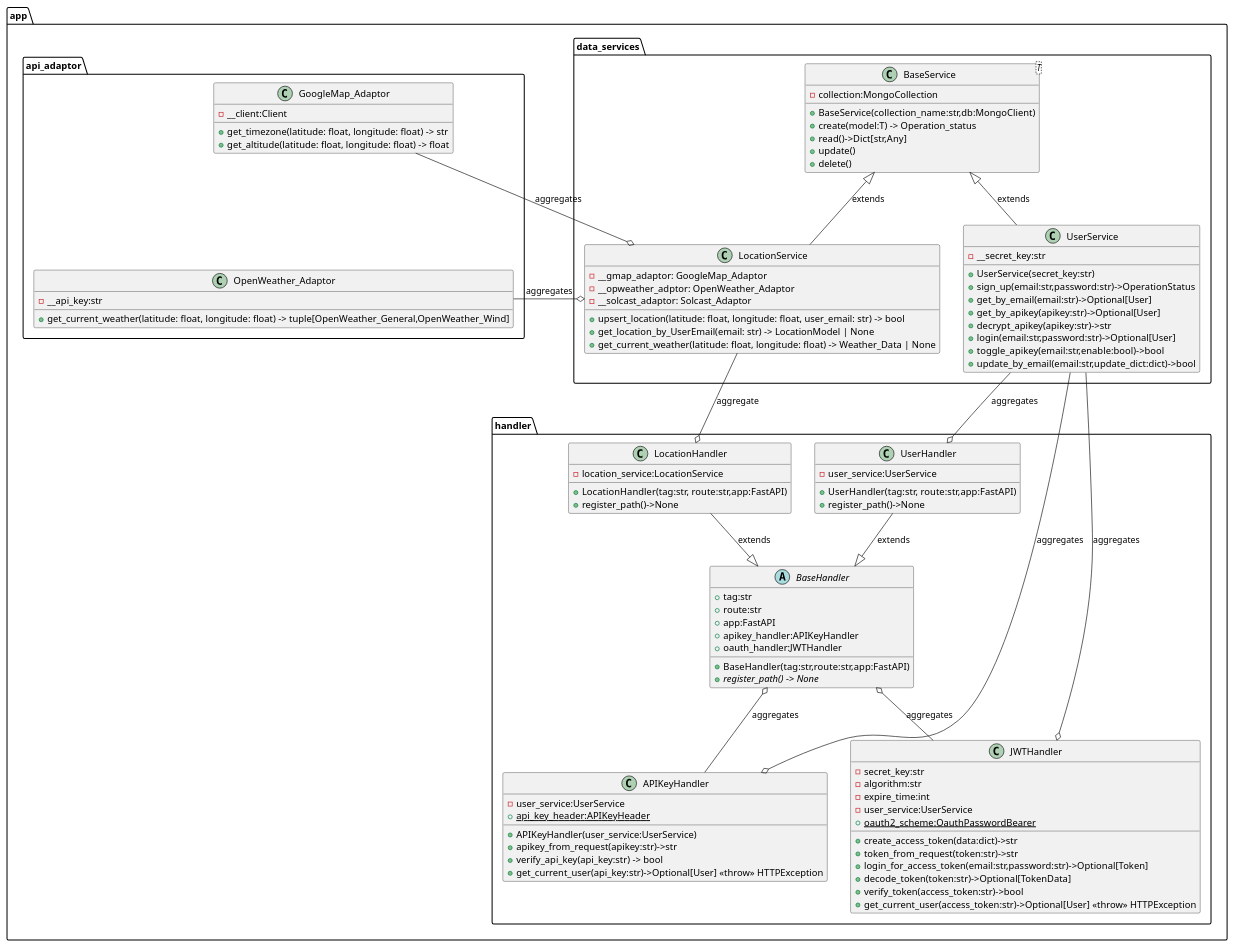
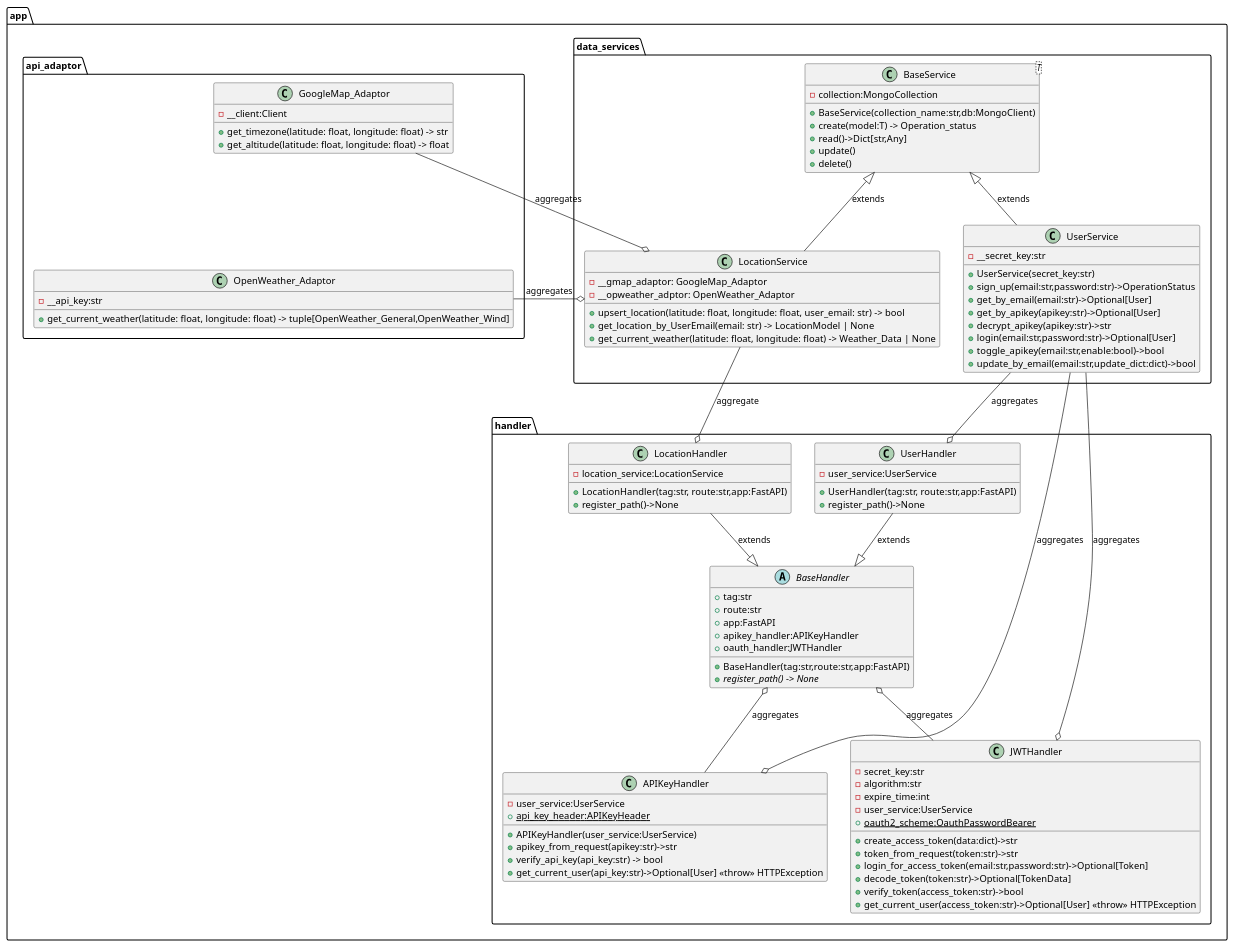
Before and after one commit to fbcharles747/Capstone_PV_API: the diagram in design.puml, drawn with PlantUML. The commit also changed 7 other files, not shown here.

```diff
--- a/design.puml
+++ b/design.puml
@@ -1,134 +1,133 @@
 @startuml "BaseService diagram"
 
 package app.data_services{
     class BaseService <T> {
         - collection:MongoCollection
         + BaseService(collection_name:str,db:MongoClient)
         + create(model:T) -> Operation_status
         + read()->Dict[str,Any]
         + update()
         + delete()
     }
 
     class UserService{
         - __secret_key:str
         + UserService(secret_key:str)
         + sign_up(email:str,password:str)->OperationStatus
         + get_by_email(email:str)->Optional[User]
         + get_by_apikey(apikey:str)->Optional[User]
         + decrypt_apikey(apikey:str)->str
         + login(email:str,password:str)->Optional[User]
         + toggle_apikey(email:str,enable:bool)->bool
         + update_by_email(email:str,update_dict:dict)->bool
     }
 
     class LocationService {
         - __gmap_adaptor: GoogleMap_Adaptor
         - __opweather_adptor: OpenWeather_Adaptor
-        - __solcast_adaptor: Solcast_Adaptor
         
         + upsert_location(latitude: float, longitude: float, user_email: str) -> bool
         + get_location_by_UserEmail(email: str) -> LocationModel | None
         + get_current_weather(latitude: float, longitude: float) -> Weather_Data | None
     }
 }
 
 package app.api_adaptor{
 
     
     class GoogleMap_Adaptor{
         - __client:Client
         + get_timezone(latitude: float, longitude: float) -> str
         + get_altitude(latitude: float, longitude: float) -> float
     }
 
     class OpenWeather_Adaptor{
         - __api_key:str
         + get_current_weather(latitude: float, longitude: float) -> tuple[OpenWeather_General,OpenWeather_Wind]
     }
 
     ' styling, these classes don't have relationship
     GoogleMap_Adaptor -[hidden]- OpenWeather_Adaptor
 
 
 }
 
 
 package app.handler{
 
     abstract class BaseHandler{
         + tag:str
         + route:str
         + app:FastAPI
         + apikey_handler:APIKeyHandler
         + oauth_handler:JWTHandler
 
         + BaseHandler(tag:str,route:str,app:FastAPI)
         + {abstract} register_path() -> None
     }
 
     class LocationHandler{
         - location_service:LocationService
         + LocationHandler(tag:str, route:str,app:FastAPI)
         + register_path()->None
     }
 
     class UserHandler{
         - user_service:UserService
         + UserHandler(tag:str, route:str,app:FastAPI)
         + register_path()->None
     }
 
     
 
 
     class APIKeyHandler{
         - user_service:UserService
         + {static} api_key_header:APIKeyHeader 
         + APIKeyHandler(user_service:UserService)
         + apikey_from_request(apikey:str)->str
         + verify_api_key(api_key:str) -> bool
         + get_current_user(api_key:str)->Optional[User] <<throw>> HTTPException
     }
 
     class JWTHandler{
         - secret_key:str
         - algorithm:str
         - expire_time:int
         - user_service:UserService
         + {static} oauth2_scheme:OauthPasswordBearer
         + create_access_token(data:dict)->str
         + token_from_request(token:str)->str
         + login_for_access_token(email:str,password:str)->Optional[Token]
         + decode_token(token:str)->Optional[TokenData]
         + verify_token(access_token:str)->bool
         + get_current_user(access_token:str)->Optional[User] <<throw>> HTTPException
 
     }
 }
 
 
 BaseService <|-- UserService: extends
 BaseService <|-- LocationService:extends
 UserHandler --|> BaseHandler: extends
 LocationHandler --|>BaseHandler: extends
 
 
 ' service to handler
 UserService --o UserHandler: aggregates
 LocationService --o LocationHandler: aggregate
 
 ' security features
 UserService --o APIKeyHandler: aggregates
 UserService --o JWTHandler: aggregates
 BaseHandler o-- APIKeyHandler: aggregates
 BaseHandler o-- JWTHandler: aggregates
 
 
 ' adaptor to service
 GoogleMap_Adaptor -right-o LocationService: aggregates
 OpenWeather_Adaptor -right-o LocationService: aggregates
 
 
 
 @enduml
```
